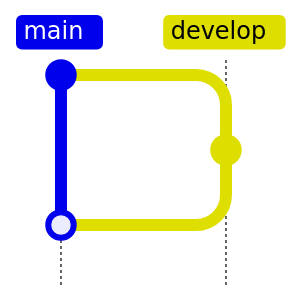
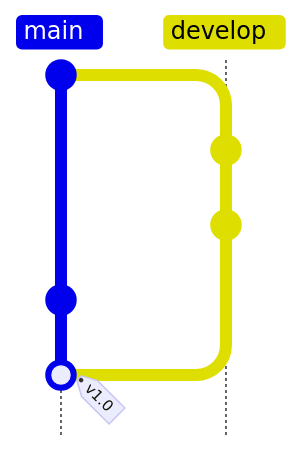
One commit to hgrabows/diagrammer-skills changed the fourth of 6 diagrams in skills/diagrammer/specs/mermaid/gitGraph.md. Above: the diagram before and after it, drawn with Mermaid. The commit also changed other lines of this file and 127 other files, not shown here. Commit ids are hidden.

First line of the commit message:
feat: audit all specs, add example gallery, fix PlantUML and Gantt rendering

````diff
--- a/skills/diagrammer/specs/mermaid/gitGraph.md
+++ b/skills/diagrammer/specs/mermaid/gitGraph.md
@@ -75,8 +110,10 @@
 ```mermaid
 gitGraph TB:
-   commit
+   commit id: "init"
    branch develop
-   commit
+   commit id: "feat"
+   commit id: "test"
    checkout main
-   merge develop
+   commit id: "fix"
+   merge develop tag: "v1.0"
 ```
````
